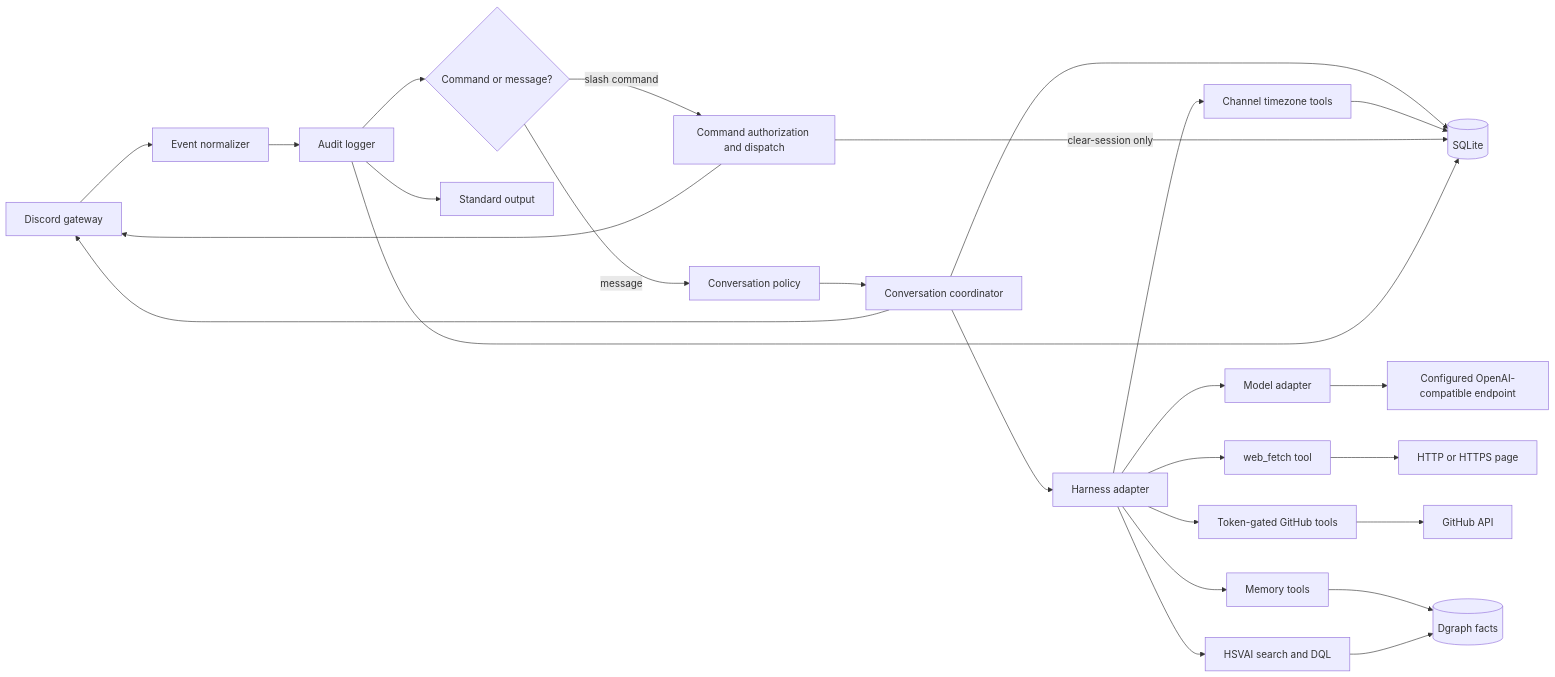
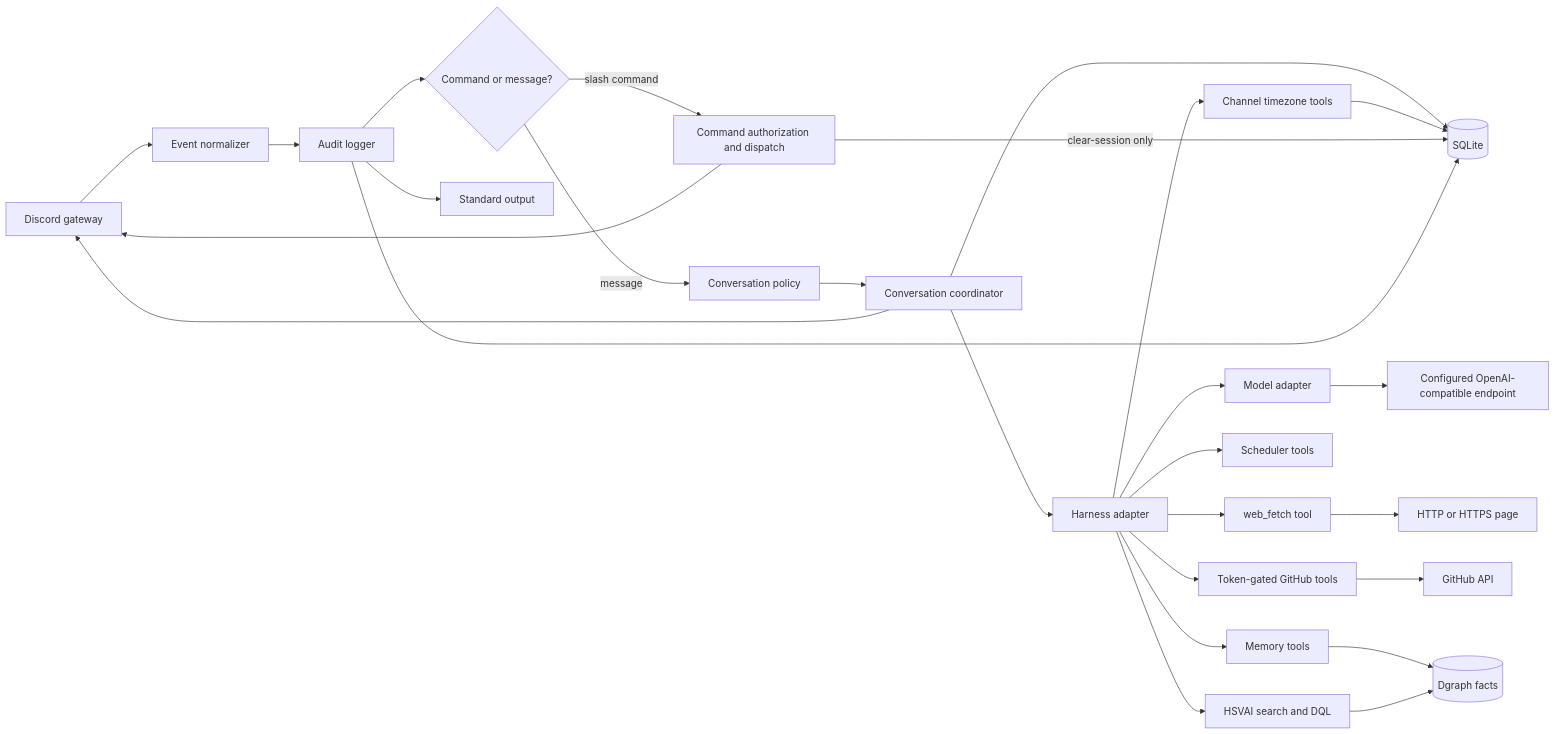
Before and after one commit to HSV-AI/artemis: the diagram in design/rebuild-guide.md, drawn with Mermaid. The commit also changed other lines of this file and 11 other files, not shown here.

````diff
--- a/design/rebuild-guide.md
+++ b/design/rebuild-guide.md
@@ -43,28 +43,29 @@
 ```mermaid
 flowchart LR
     Discord[Discord gateway] --> Normalize[Event normalizer]
     Normalize --> Audit[Audit logger]
     Audit --> Route{Command or message?}
     Route -->|slash command| Commands[Command authorization and dispatch]
     Route -->|message| Policy[Conversation policy]
     Policy --> Sessions[Conversation coordinator]
     Sessions --> Store[(SQLite)]
     Sessions --> Harness[Harness adapter]
     Harness --> Model[Model adapter]
     Harness --> WebFetch[web_fetch tool]
     Harness --> GitHubTools[Token-gated GitHub tools]
     Harness --> MemoryTools[Memory tools]
     Harness --> TimezoneTools[Channel timezone tools]
+    Harness --> SchedulerTools[Scheduler tools]
     Harness --> KnowledgeTools[HSVAI search and DQL]
     WebFetch --> Web[HTTP or HTTPS page]
     GitHubTools --> GitHubAPI[GitHub API]
     MemoryTools --> Dgraph[(Dgraph facts)]
     KnowledgeTools --> Dgraph
     TimezoneTools --> Store
     Model --> Provider[Configured OpenAI-compatible endpoint]
     Commands -- clear-session only --> Store
     Commands --> Discord
     Sessions --> Discord
     Audit --> Console[Standard output]
     Audit --> Store
 ```
````
